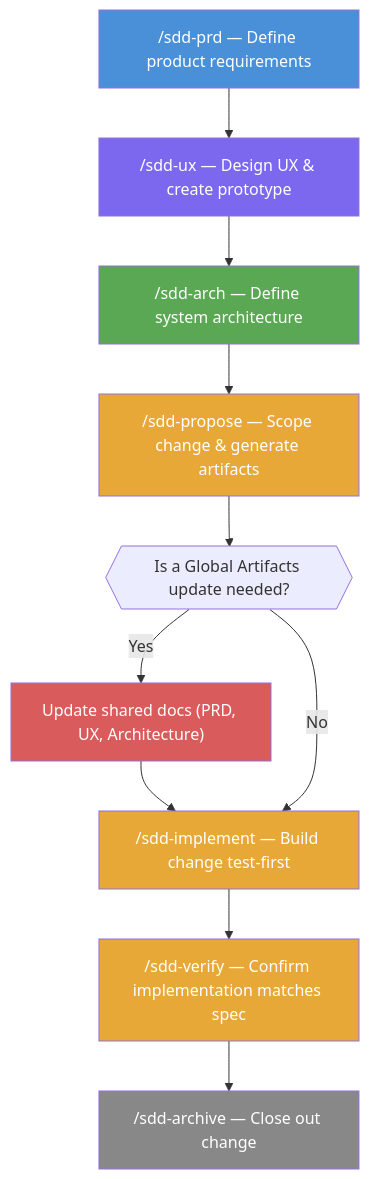
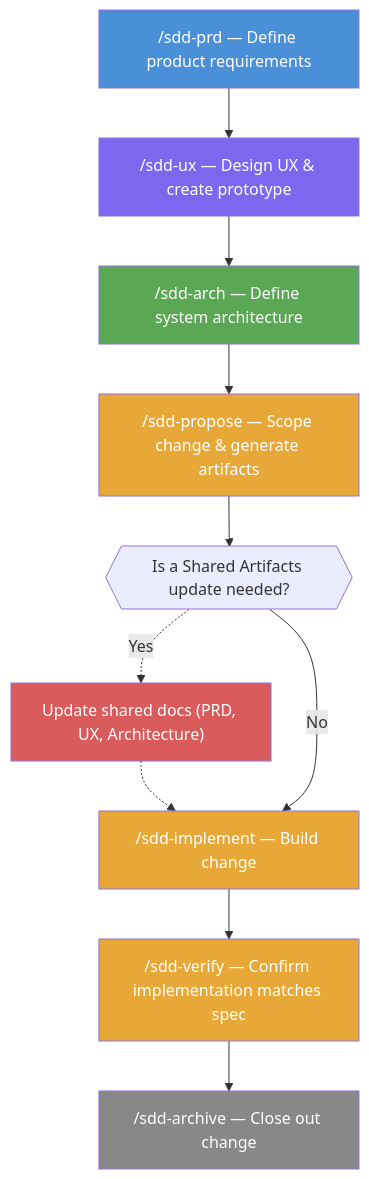
The diagram in src/sdd-team/README.md (AlessioScarfone/aine-copilot-plugins), drawn with Mermaid before and after one commit. The commit also changed other lines of this file and 7 other files, not shown here.

````diff
--- a/src/sdd-team/README.md
+++ b/src/sdd-team/README.md
@@ -64,25 +64,25 @@
 ```mermaid
 flowchart TD
     PRD["/sdd-prd — Define product requirements"] --> UX
     UX["/sdd-ux — Design UX & create prototype"] --> ARCH
     ARCH["/sdd-arch — Define system architecture"] --> PROPOSE
 
     PROPOSE["/sdd-propose — Scope change & generate artifacts"] --> UPDATE
 
-    UPDATE{{"Is a Global Artifacts update needed?"}}
-    UPDATE -- Yes --> UDPATE_SHARED["Update shared docs (PRD, UX, Architecture)"] --> IMPLEMENT 
+    UPDATE{{"Is a Shared Artifacts update needed?"}}
+    UPDATE -. Yes .-> UDPATE_SHARED["Update shared docs (PRD, UX, Architecture)"] .-> IMPLEMENT 
     UPDATE -- No --> IMPLEMENT
 
-    IMPLEMENT["/sdd-implement — Build change test-first"] --> VERIFY
+    IMPLEMENT["/sdd-implement — Build change"] --> VERIFY
     VERIFY["/sdd-verify — Confirm implementation matches spec"] --> ARCHIVE
     ARCHIVE["/sdd-archive — Close out change"]
 
     style PRD fill:#4A90D9,color:#fff
     style UX fill:#7B68EE,color:#fff
     style ARCH fill:#5BA854,color:#fff
     style PROPOSE fill:#E8A838,color:#fff
     style IMPLEMENT fill:#E8A838,color:#fff
     style VERIFY fill:#E8A838,color:#fff
     style ARCHIVE fill:#888,color:#fff
     style UDPATE_SHARED fill:#D95B5B,color:#fff
 ```
````
